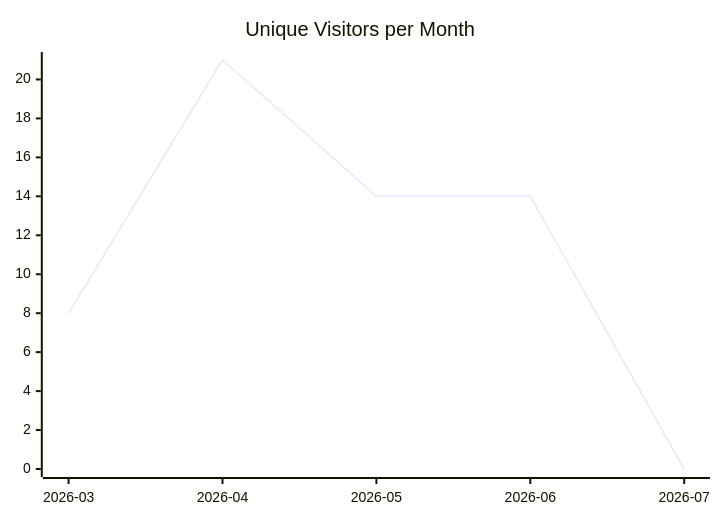
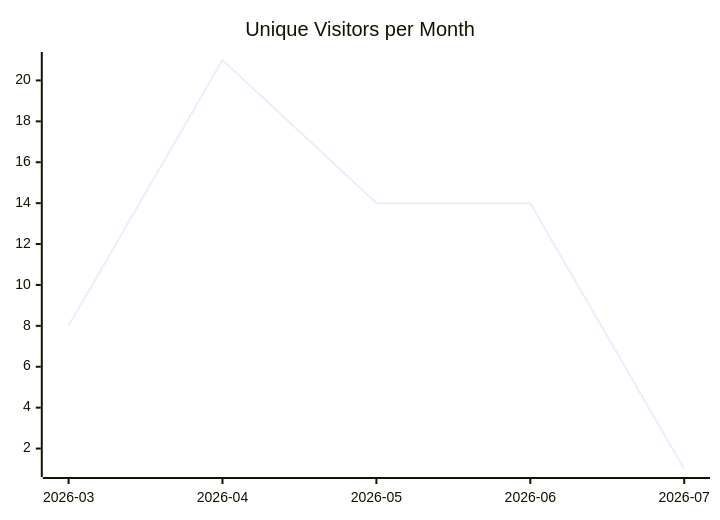
Before and after one commit to justdavis-family/github-analytics-data: the first of 3 diagrams in karlmdavis/ksoap2-android/README.md, drawn with Mermaid. The commit also changed other lines of this file and 185 other files, not shown here.

````diff
--- a/karlmdavis/ksoap2-android/README.md
+++ b/karlmdavis/ksoap2-android/README.md
@@ -5,6 +5,6 @@
 ```mermaid
 xychart-beta
   title "Unique Visitors per Month"
   x-axis ["2026-03", "2026-04", "2026-05", "2026-06", "2026-07"]
-  line [8, 21, 14, 14, 0]
+  line [8, 21, 14, 14, 1]
 ```
````
